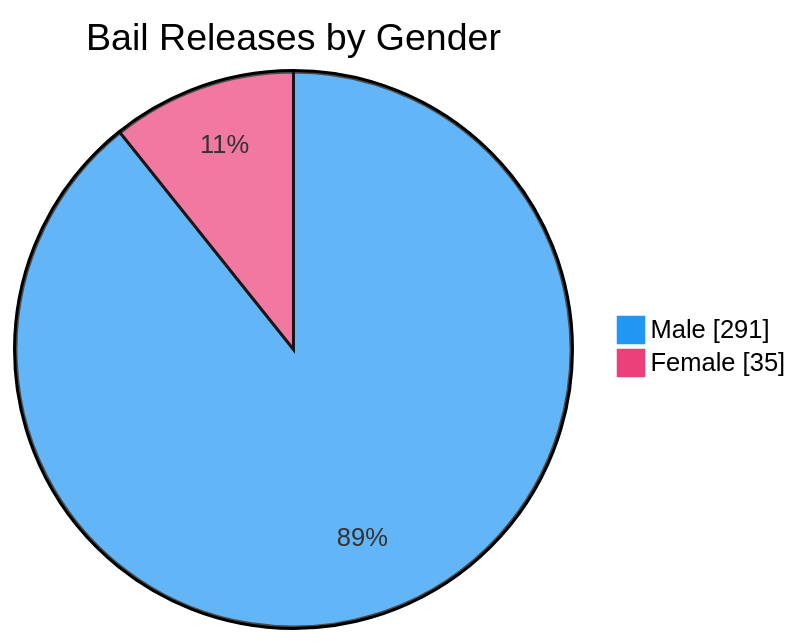
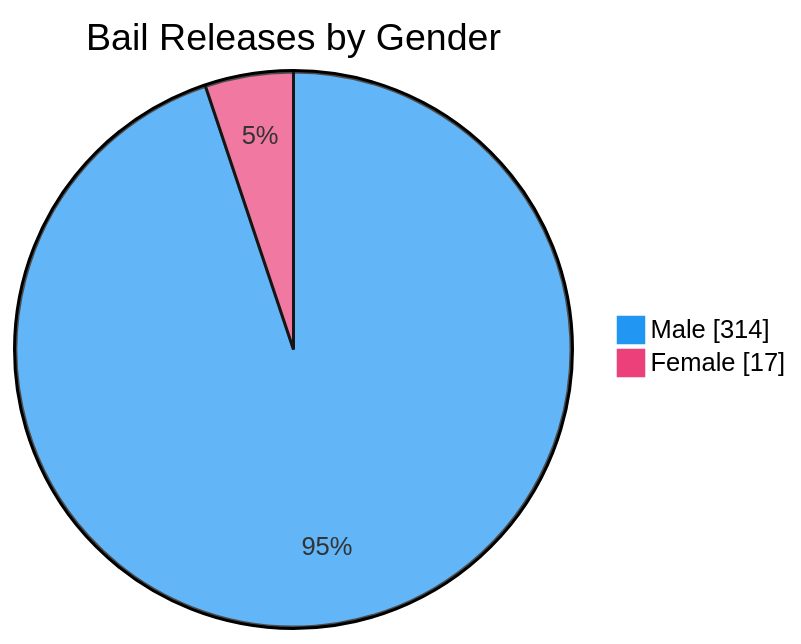
One commit to nuuuwan/lk_prisons changed the seventh of 7 diagrams in README.md. Above: the diagram before and after it, drawn with Mermaid. The commit also changed other lines of this file and 1 other file, not shown here.

````diff
--- a/README.md
+++ b/README.md
@@ -109,6 +109,6 @@
 ```mermaid
 %%{init: {'themeVariables': {'pie1': '#2196F3', 'pie2': '#EC407A'}}}%%
 pie showData title Bail Releases by Gender
-    "Male" : 291
-    "Female" : 35
+    "Male" : 314
+    "Female" : 17
 ```
````
